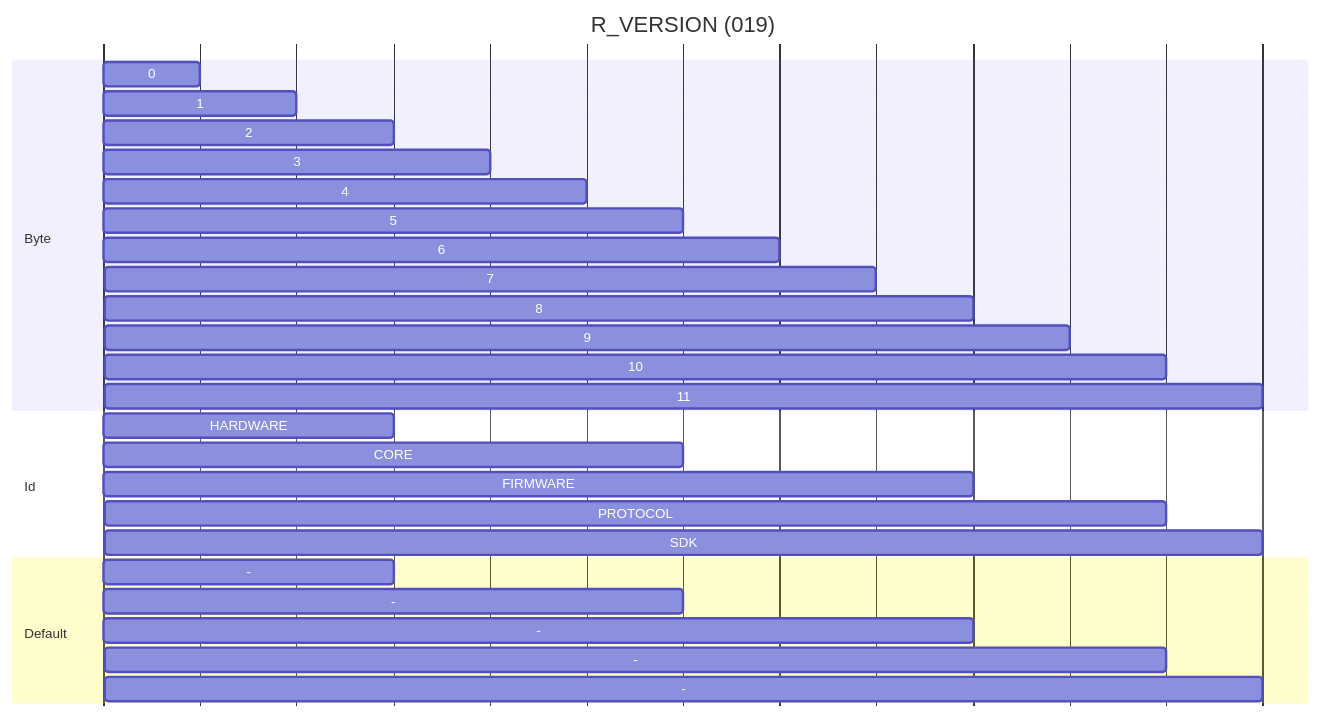
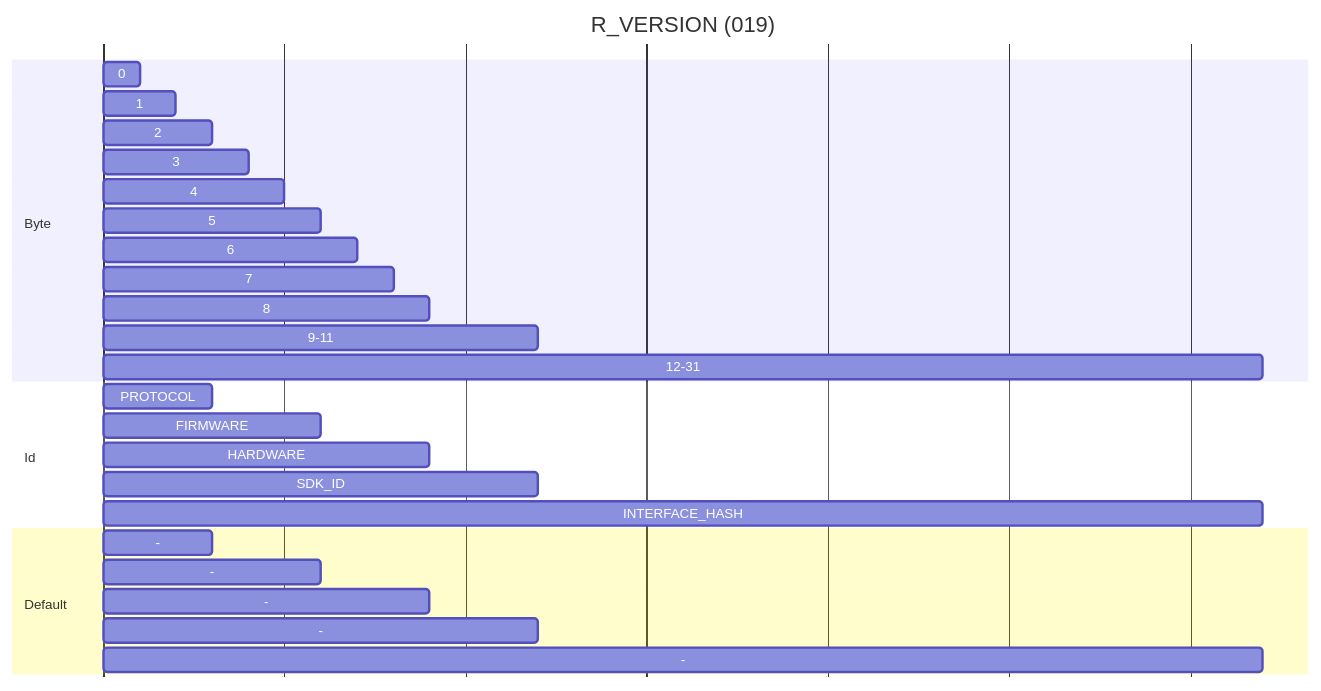
Before and after one commit to harp-tech/protocol: the tenth of 10 diagrams in Device.md, drawn with Mermaid. The commit also changed other lines of this file, not shown here.

Commit message:
Include interface hash in version register
We also refine our terminology by referring to the `device.yml` file as
the interface schema file.

````diff
--- a/Device.md
+++ b/Device.md
@@ -482,37 +482,36 @@
 ```mermaid
 ---
 displayMode: compact
 ---
 gantt
     title R_VERSION (019)
     dateFormat X
     axisFormat %
 
     section Byte
-    0         :hw_major, 0, 1
-    1         :hw_minor, 1, 2
-    2         :hw_patch, 2, 3
-    3         :core_major, 3, 4
-    4         :core_minor, 4, 5
-    5         :core_patch, 5, 6
-    6         :fw_major, 6, 7
-    7         :fw_minor, 7, 8
-    8         :fw_patch, 8, 9
-    9         :prot_major, 9, 10
-    10        :prot_minor, 10, 11
-    11        :sdk, 11, 12
+    0         :prot_major, 0, 1
+    1         :prot_minor, 1, 2
+    2         :prot_patch, 2, 3
+    3         :fw_major, 3, 4
+    4         :fw_minor, 4, 5
+    5         :fw_patch, 5, 6
+    6         :hw_major, 6, 7
+    7         :hw_minor, 7, 8
+    8         :hw_patch, 8, 9
+    9-11      :sdk_id, 9, 12
+    12-31     :interface_hash, 12, 32
 
     section Id
-    HARDWARE        :hardware, 0, 3
-    CORE            :core, 3, 6
-    FIRMWARE        :firmware, 6, 9
-    PROTOCOL        :protocol, 9, 11
-    SDK             :architecture, 11, 12
+    PROTOCOL        :protocol, 0, 3
+    FIRMWARE        :firmware, 3, 6
+    HARDWARE        :hardware, 6, 9
+    SDK_ID          :sdk, 9, 12
+    INTERFACE_HASH  :protocol, 12, 32
 
     section Default
-    -      :dr, 0, 3
-    -      :d7, 3, 6
-    -      :d6, 6, 9
-    -      :d6, 9, 11
-    -      :d6, 11, 12
+    -      :d0, 0, 3
+    -      :d1, 3, 6
+    -      :d2, 6, 9
+    -      :d3, 9, 12
+    -      :d4, 12, 32
 ```
````
